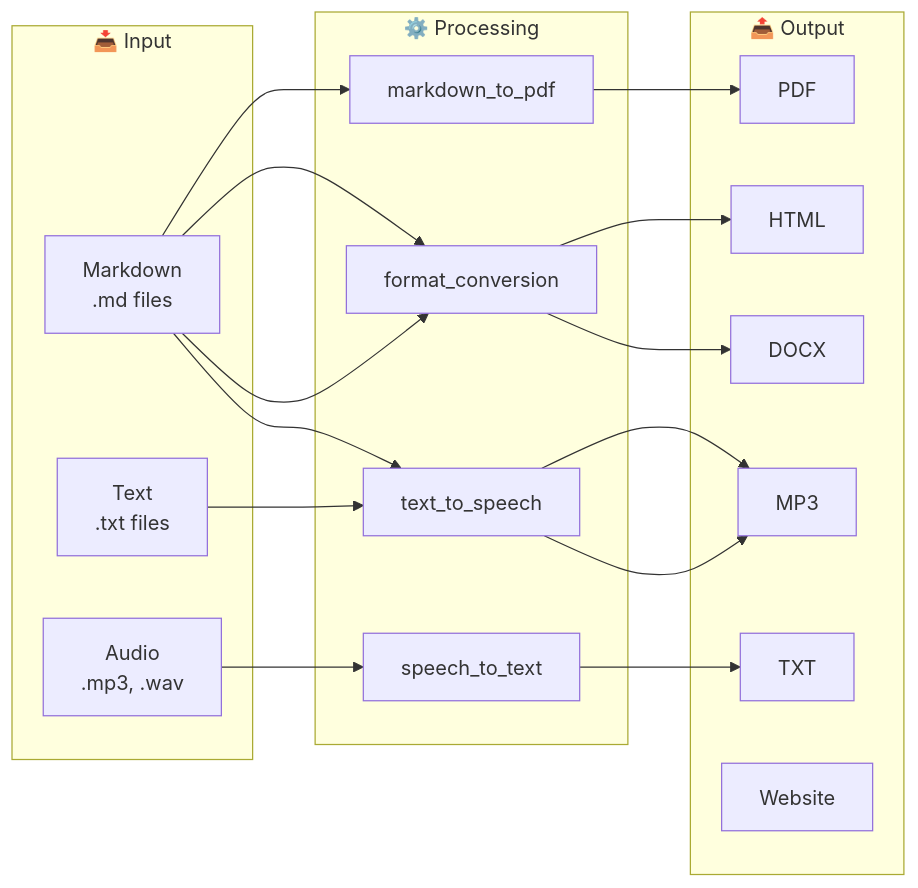
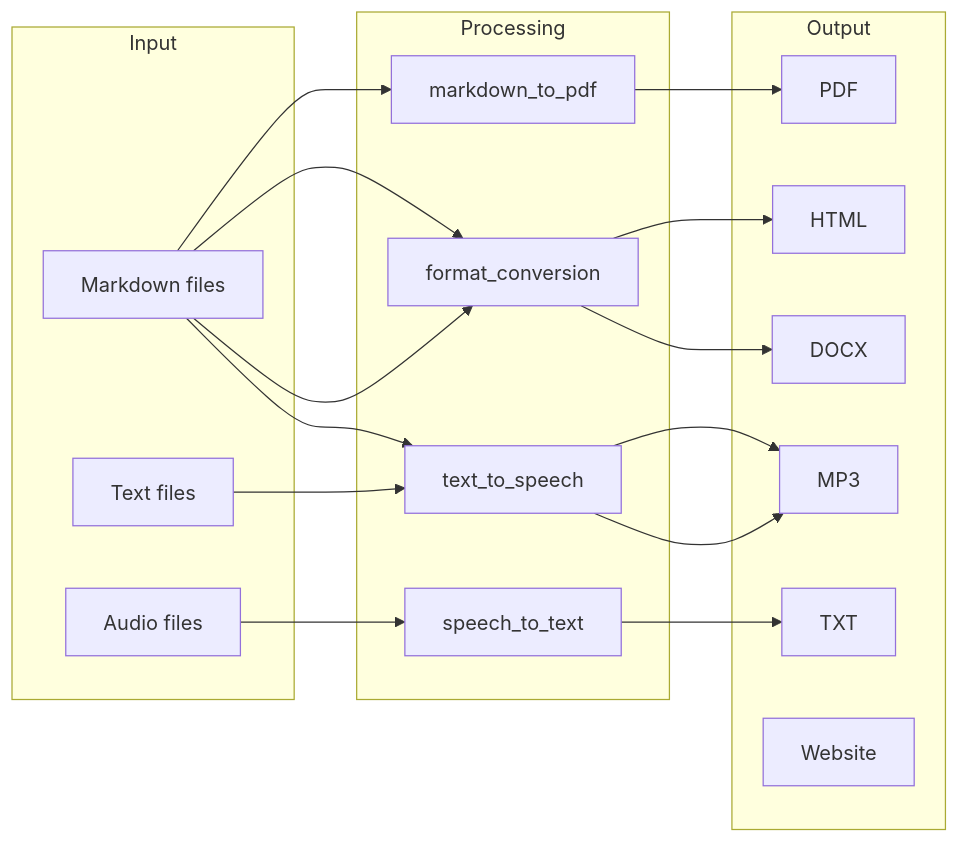
One commit to docxology/biol-1 changed the second of 4 diagrams in software/docs/ARCHITECTURE.md. Above: the diagram before and after it, drawn with Mermaid. The commit also changed other lines of this file and 14 other files, not shown here.

````diff
--- a/software/docs/ARCHITECTURE.md
+++ b/software/docs/ARCHITECTURE.md
@@ -66,31 +118,31 @@
 ```mermaid
 flowchart LR
-    subgraph "📥 Input"
-        MD["Markdown<br/>.md files"]
-        TXT["Text<br/>.txt files"]
-        AUDIO["Audio<br/>.mp3, .wav"]
+    subgraph input[Input]
+        MD["Markdown files"]
+        TXT["Text files"]
+        AUDIO["Audio files"]
     end
 
-    subgraph "⚙️ Processing"
+    subgraph processing[Processing]
         M2P["markdown_to_pdf"]
         TTS["text_to_speech"]
         STT["speech_to_text"]
         FC["format_conversion"]
     end
 
-    subgraph "📤 Output"
+    subgraph output[Output]
         PDF["PDF"]
         MP3["MP3"]
         HTML["HTML"]
         DOCX["DOCX"]
         TXTO["TXT"]
         WEB["Website"]
     end
 
     MD --> M2P --> PDF
     MD --> FC --> HTML
     MD --> FC --> DOCX
     MD --> TTS --> MP3
     TXT --> TTS --> MP3
     AUDIO --> STT --> TXTO
 ```
````
